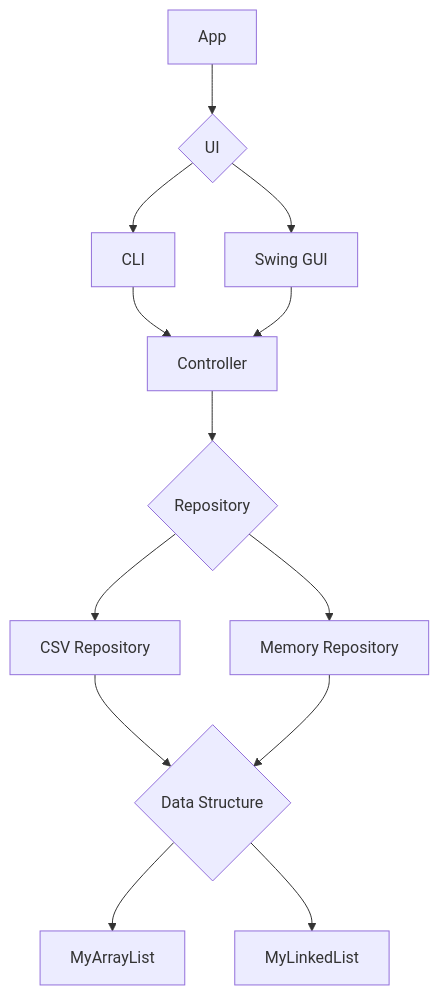
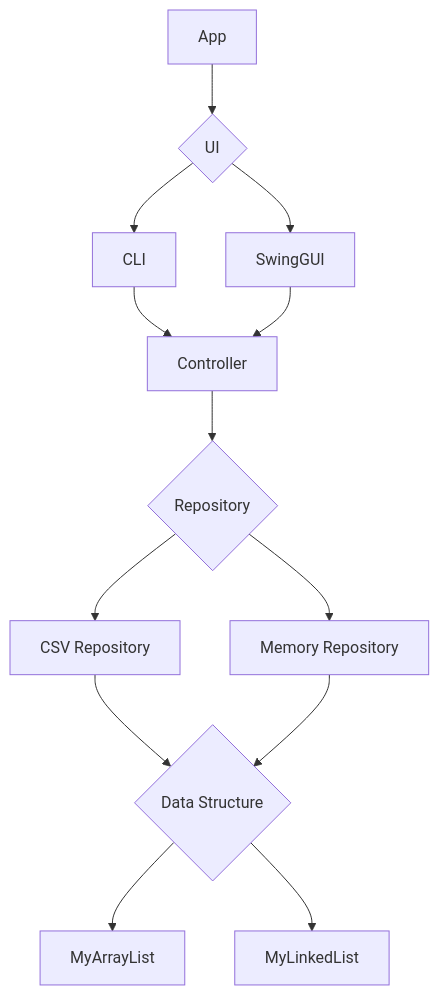
One commit to ilkkavv/person-crud-app changed the diagram in README.md. Above: the diagram before and after it, drawn with Mermaid.

Commit message:
docs(readme): simplify mermaid node label

````diff
--- a/README.md
+++ b/README.md
@@ -132,19 +132,19 @@
 ```mermaid
 graph TD
     App --> UI{UI}
     UI --> CLI
-    UI --> SwingGUI[Swing GUI]
+    UI --> SwingGUI[SwingGUI]
 
     CLI --> Controller
     SwingGUI --> Controller
 
     Controller --> Repository{Repository}
     Repository --> CsvRepository[CSV Repository]
     Repository --> MemRepository[Memory Repository]
 
     CsvRepository --> DataStructure{Data Structure}
     MemRepository --> DataStructure
 
     DataStructure --> MyArrayList
     DataStructure --> MyLinkedList
 ```
````
